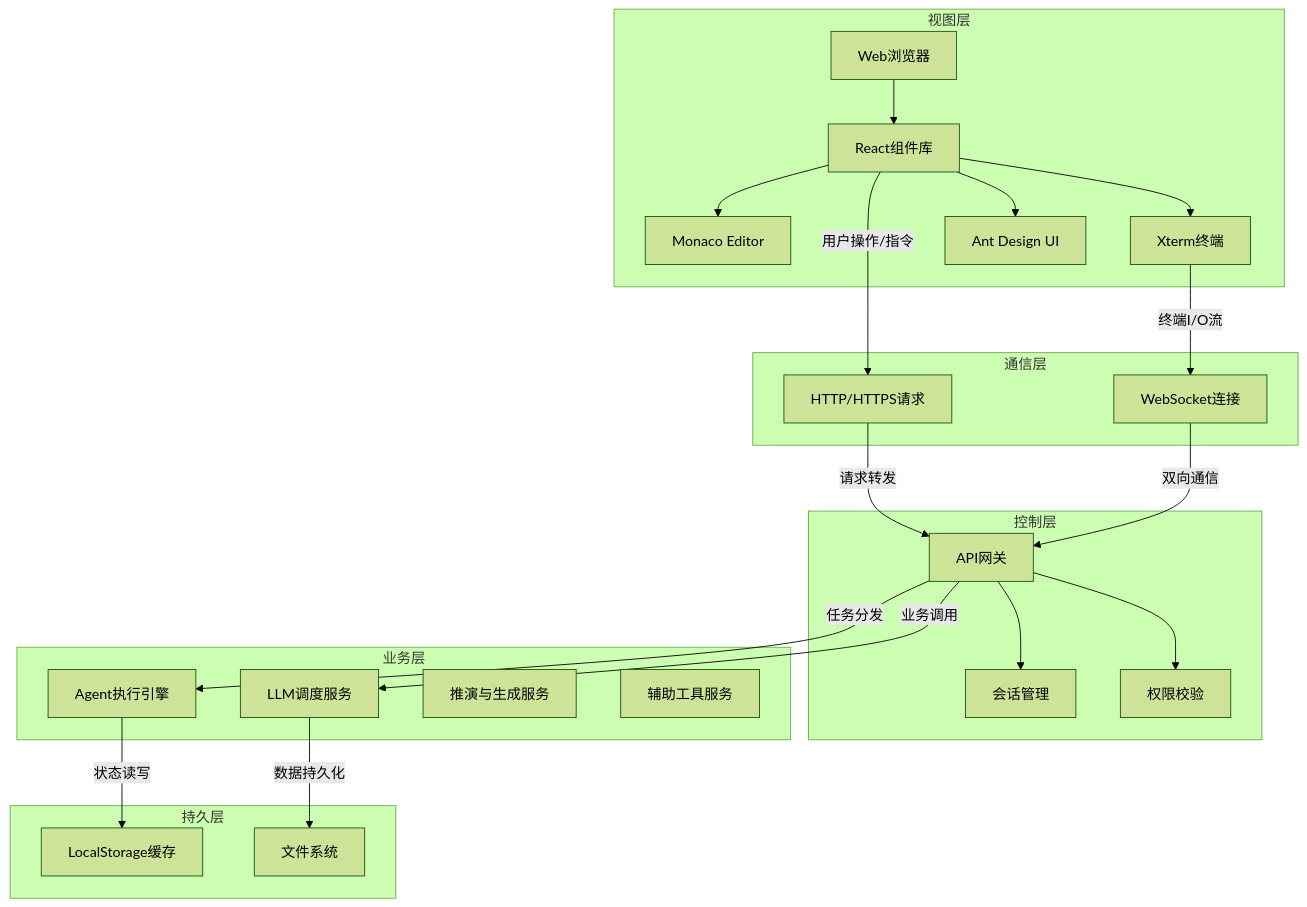
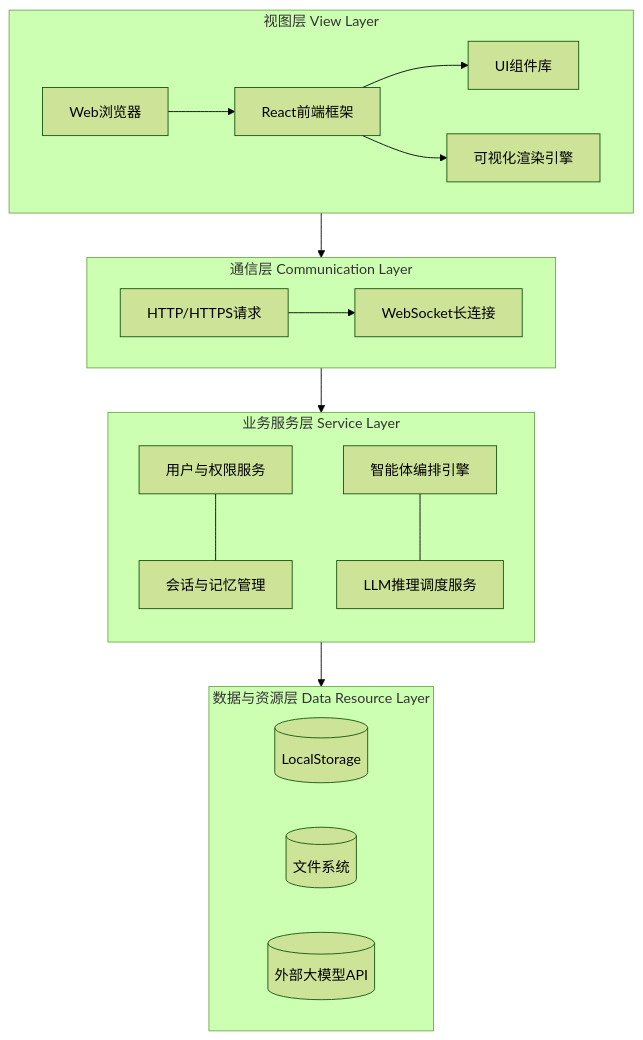
One commit to liusongqin/Agent-Playground-Paper changed the diagram in mermaid.md. Above: the diagram before and after it, drawn with Mermaid (forest theme).

````diff
--- a/mermaid.md
+++ b/mermaid.md
@@ -1,40 +1,36 @@
 ```mermaid
 graph TB
-    subgraph 视图层
-        A1[Web浏览器] --> A2[React组件库]
-        A2 --> A3[Monaco Editor]
-        A2 --> A4[Xterm终端]
-        A2 --> A5[Ant Design UI]
+    subgraph ViewLayer [视图层 View Layer]
+        direction LR
+        V1[Web浏览器] --> V2[React前端框架]
+        V2 --> V3[UI组件库]
+        V2 --> V4[可视化渲染引擎]
     end
 
-    subgraph 通信层
-        B1[WebSocket连接] 
-        B2[HTTP/HTTPS请求]
+    subgraph CommLayer [通信层 Communication Layer]
+        direction LR
+        C1[HTTP/HTTPS请求] --> C2[WebSocket长连接]
     end
 
-    subgraph 控制层
-        C1[API网关] --> C2[会话管理]
-        C1 --> C3[权限校验]
+    subgraph ServiceLayer [业务服务层 Service Layer]
+        direction TB
+        S1[用户与权限服务]
+        S2[会话与记忆管理]
+        S3[智能体编排引擎]
+        S4[LLM推理调度服务]
+        
+        S1 --- S2
+        S3 --- S4
     end
 
-    subgraph 业务层
-        D1[LLM调度服务]
-        D2[Agent执行引擎]
-        D3[推演与生成服务]
-        D4[辅助工具服务]
+    subgraph DataLayer [数据与资源层 Data Resource Layer]
+        direction LR
+        D1[(LocalStorage)]
+        D2[(文件系统)]
+        D3[(外部大模型API)]
     end
 
-    subgraph 持久层
-        E1[LocalStorage缓存]
-        E2[文件系统]
-    end
-
-    A2 -- 用户操作/指令 --> B2
-    A4 -- 终端I/O流 --> B1
-    B2 -- 请求转发 --> C1
-    B1 -- 双向通信 --> C1
-    C1 -- 业务调用 --> D1
-    C1 -- 任务分发 --> D2
-    D2 -- 状态读写 --> E1
-    D1 -- 数据持久化 --> E2
+    ViewLayer --> CommLayer
+    CommLayer --> ServiceLayer
+    ServiceLayer --> DataLayer
 ```
````
